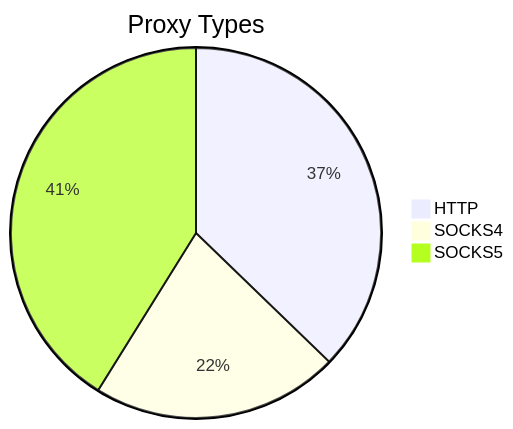
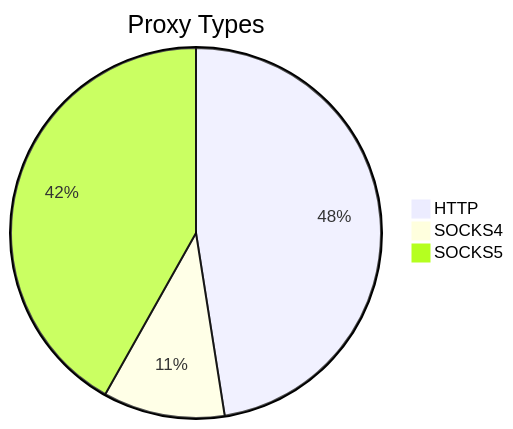
The first of 2 diagrams in README.md (stormsia/proxy-list), drawn with Mermaid before and after one commit. The commit also changed other lines of this file, not shown here.

````diff
--- a/README.md
+++ b/README.md
@@ -21,6 +21,6 @@
 ```mermaid
 pie title Proxy Types
-    "HTTP" : 124
-    "SOCKS4" : 72
-    "SOCKS5" : 137
+    "HTTP" : 67
+    "SOCKS4" : 15
+    "SOCKS5" : 59
 ```
````
